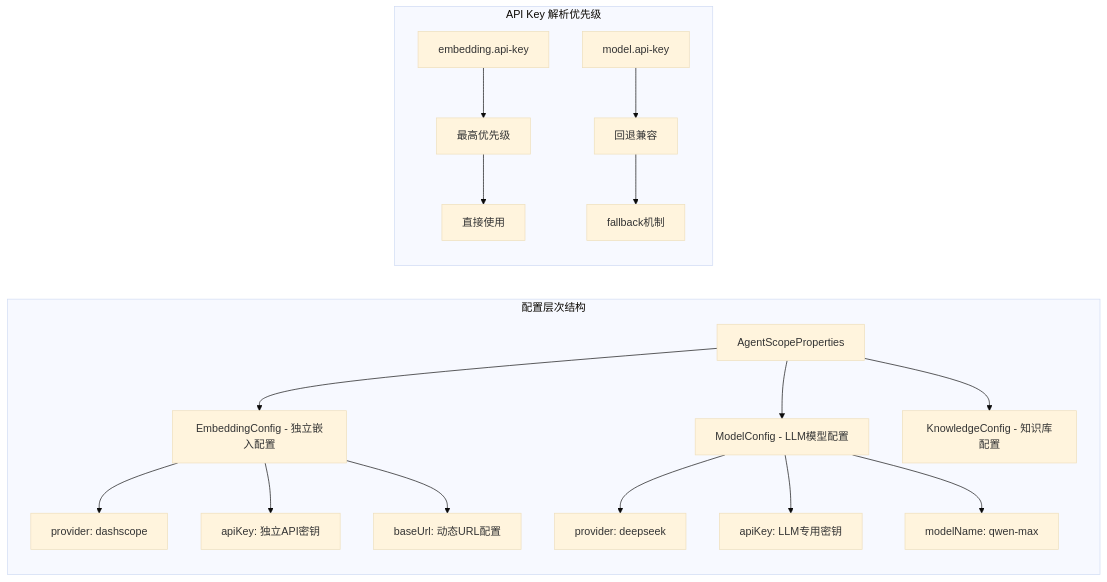
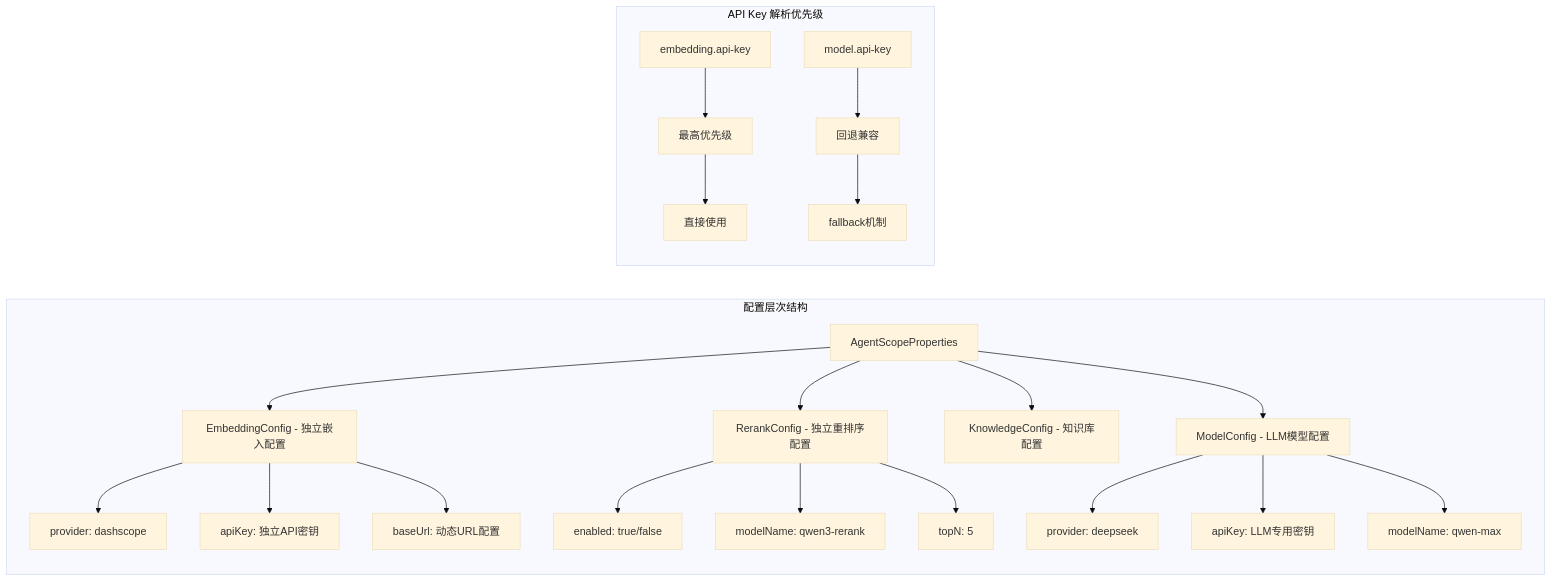
The eighth of 8 diagrams in .qoder/repowiki/zh/content/RAG 面试题处理全链路.md (Miss-zhi/OfferPilot), drawn with Mermaid (base theme) before and after one commit. The commit also changed other lines of this file and 25 other files, not shown here.

````diff
--- a/.qoder/repowiki/zh/content/RAG 面试题处理全链路.md
+++ b/.qoder/repowiki/zh/content/RAG 面试题处理全链路.md
@@ -422,20 +446,24 @@
 ```mermaid
 graph LR
 subgraph "配置层次结构"
 A[AgentScopeProperties] --> B[ModelConfig - LLM模型配置]
 A --> C[EmbeddingConfig - 独立嵌入配置]
 A --> D[KnowledgeConfig - 知识库配置]
+A --> E[RerankConfig - 独立重排序配置]
 C --> C1[provider: dashscope]
 C --> C2[apiKey: 独立API密钥]
 C --> C3[baseUrl: 动态URL配置]
+E --> E1[enabled: true/false]
+E --> E2[modelName: qwen3-rerank]
+E --> E3[topN: 5]
 B --> B1[provider: deepseek]
 B --> B2[apiKey: LLM专用密钥]
 B --> B3[modelName: qwen-max]
 end
 subgraph "API Key 解析优先级"
 P1[embedding.api-key] --> P2[最高优先级]
 P3[model.api-key] --> P4[回退兼容]
 P2 --> P5[直接使用]
 P4 --> P6[fallback机制]
 end
 ```
````
